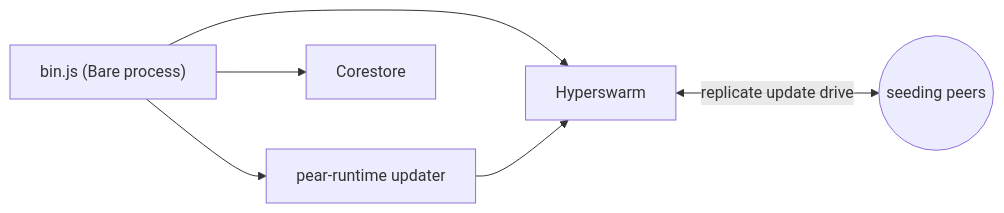
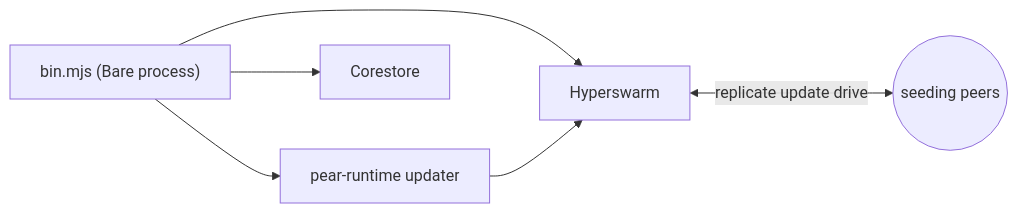
Before and after one commit to holepunchto/pear-docs: the diagram in content/getting-started/from-a-template/start-from-hello-pear-bare.mdx, drawn with Mermaid. The commit also changed other lines of this file and 11 other files, not shown here.

````diff
--- a/content/getting-started/from-a-template/start-from-hello-pear-bare.mdx
+++ b/content/getting-started/from-a-template/start-from-hello-pear-bare.mdx
@@ -95,8 +95,8 @@
 ```mermaid
 flowchart LR
-  cli["bin.js (Bare process)"] --> updater["pear-runtime updater"]
+  cli["bin.mjs (Bare process)"] --> updater["pear-runtime updater"]
   cli --> store["Corestore"]
   cli --> swarm["Hyperswarm"]
   updater --> swarm
   swarm <-->|"replicate update drive"| peers((seeding peers))
 ```
````
